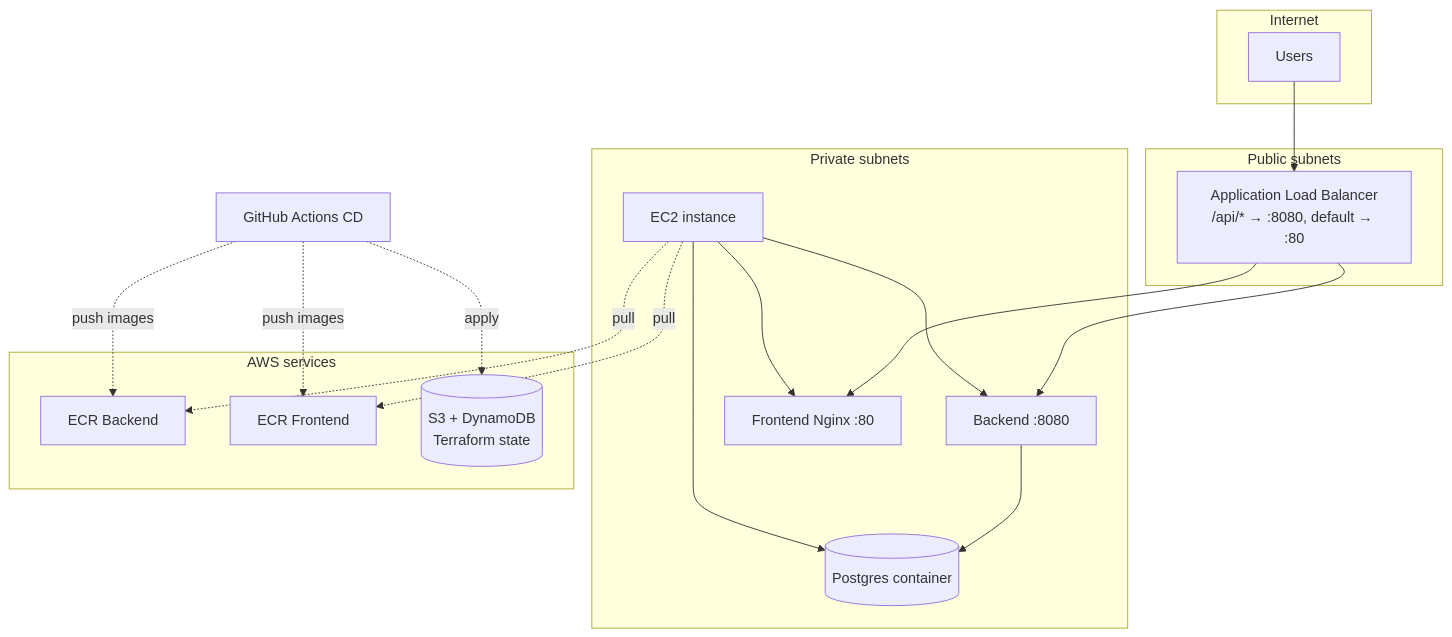
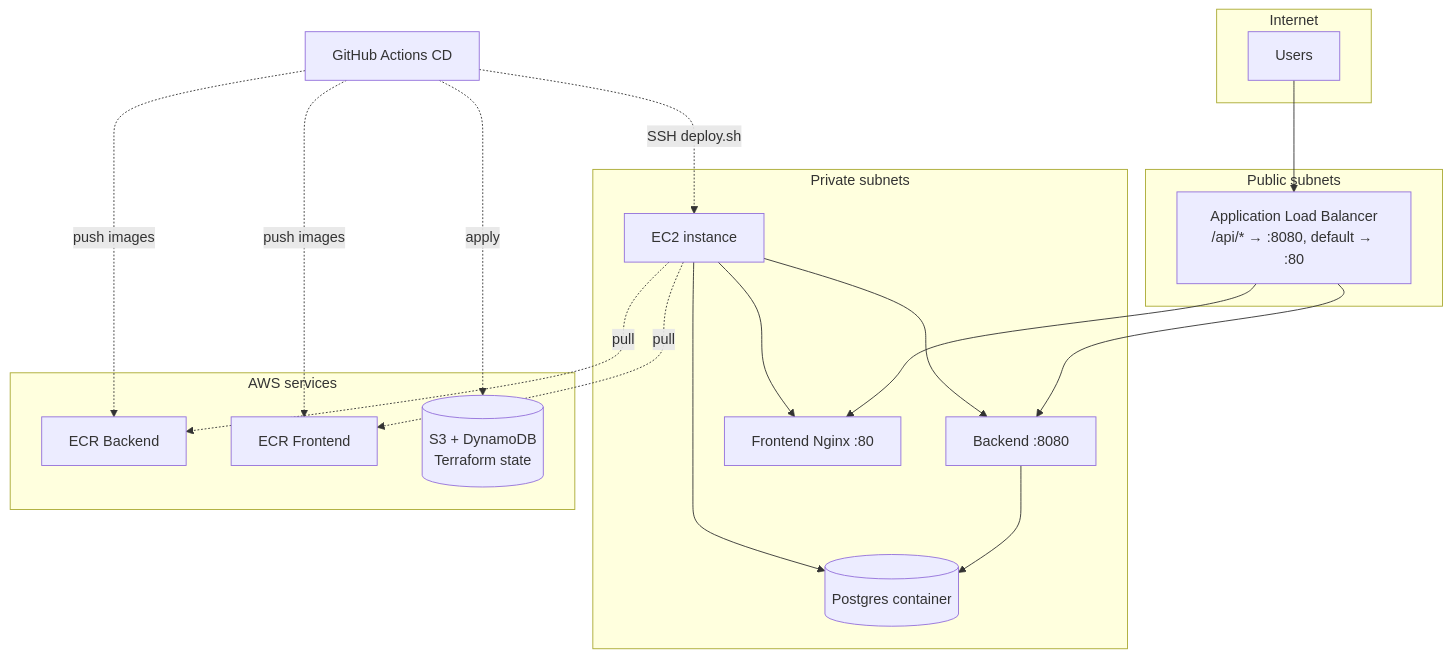
The second of 2 diagrams in devops/README.md (AmaliTech-Training-Academy/NSP_25_26_Team_5), drawn with Mermaid before and after one commit. The commit also changed other lines of this file and 15 other files, not shown here.

````diff
--- a/devops/README.md
+++ b/devops/README.md
@@ -150,33 +160,34 @@
 ```mermaid
 flowchart TB
   subgraph internet["Internet"]
     User[Users]
   end
 
   subgraph public["Public subnets"]
     ALB[Application Load Balancer<br/>/api/* → :8080, default → :80]
   end
 
   subgraph private["Private subnets"]
     EC2[EC2 instance]
     EC2 --> Postgres[(Postgres container)]
     EC2 --> Backend[Backend :8080]
     EC2 --> Frontend[Frontend Nginx :80]
   end
 
   subgraph aws_services["AWS services"]
     ECR_B[ECR Backend]
     ECR_F[ECR Frontend]
     S3[(S3 + DynamoDB<br/>Terraform state)]
   end
 
   User --> ALB
   ALB --> Backend
   ALB --> Frontend
   Backend --> Postgres
   EC2 -.->|pull| ECR_B
   EC2 -.->|pull| ECR_F
   cd[GitHub Actions CD] -.->|push images| ECR_B
   cd -.->|push images| ECR_F
   cd -.->|apply| S3
+  cd -.->|SSH deploy.sh| EC2
 ```
````
